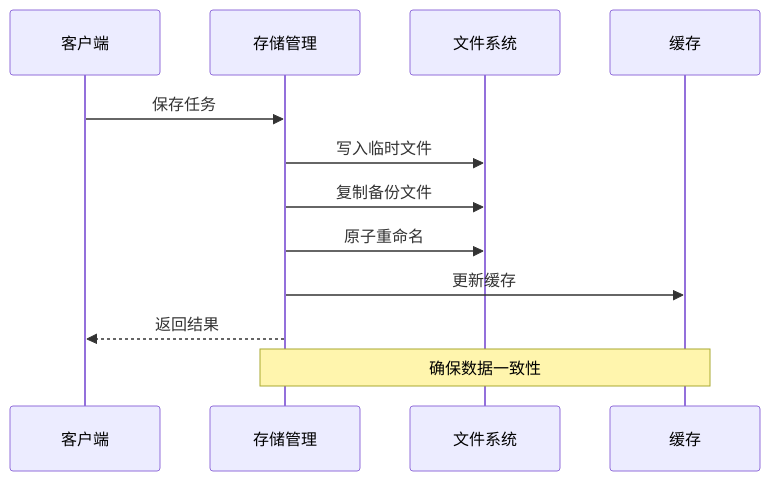
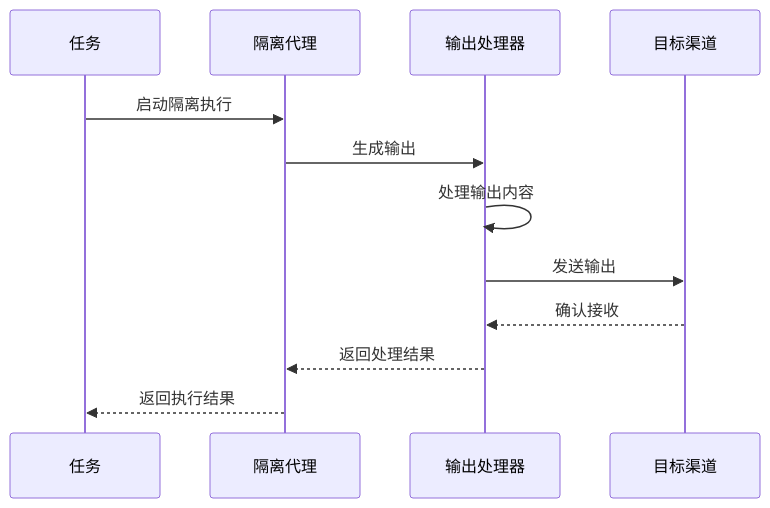
Before and after one commit to verse-ai-org/openclaw: the seventh of 10 diagrams in .qoder/repowiki/zh/content/Web界面/定时任务管理系统.md, drawn with Mermaid. The commit also changed other lines of this file and 89 other files, not shown here.

````diff
--- a/.qoder/repowiki/zh/content/Web界面/定时任务管理系统.md
+++ b/.qoder/repowiki/zh/content/Web界面/定时任务管理系统.md
@@ -189,14 +343,14 @@
 ```mermaid
 sequenceDiagram
-participant Client as 客户端
-participant Store as 存储管理
-participant FS as 文件系统
-participant Cache as 缓存
-Client->>Store : 保存任务
-Store->>FS : 写入临时文件
-Store->>FS : 复制备份文件
-Store->>FS : 原子重命名
-Store->>Cache : 更新缓存
-Store-->>Client : 返回结果
-Note over Store,Cache : 确保数据一致性
+participant Job as 任务
+participant Agent as 隔离代理
+participant Handler as 输出处理器
+participant Target as 目标渠道
+Job->>Agent : 启动隔离执行
+Agent->>Handler : 生成输出
+Handler->>Handler : 处理输出内容
+Handler->>Target : 发送输出
+Target-->>Handler : 确认接收
+Handler-->>Agent : 返回处理结果
+Agent-->>Job : 返回执行结果
 ```
````
